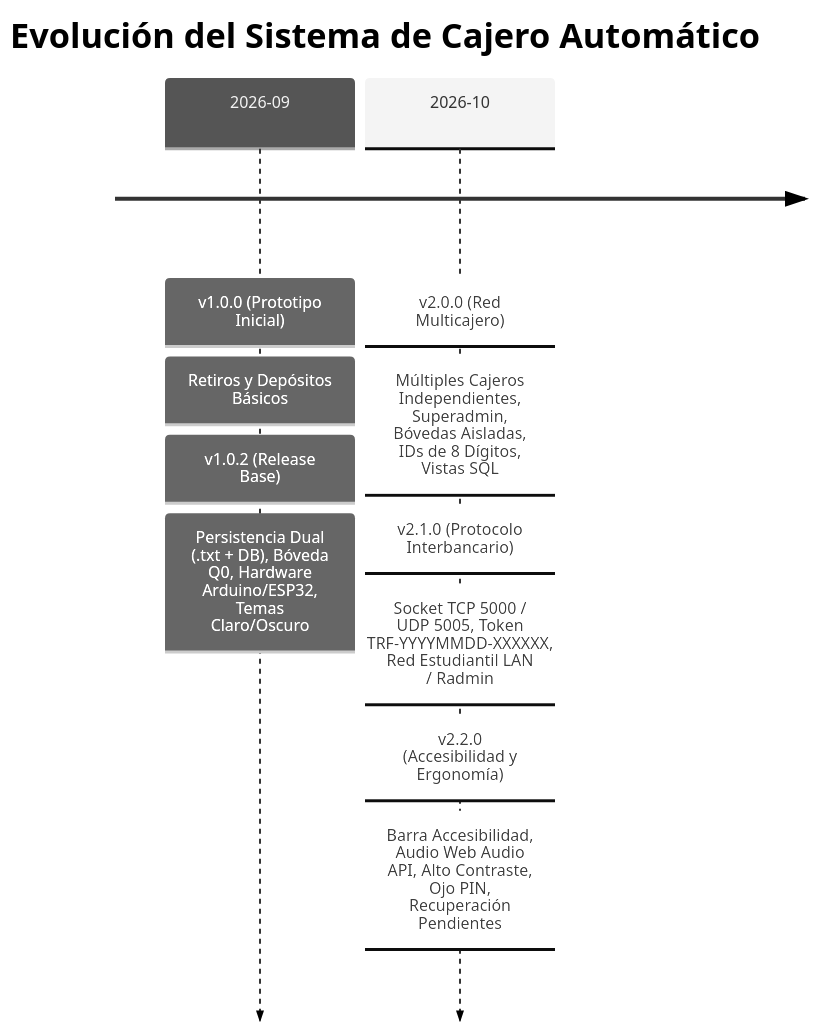
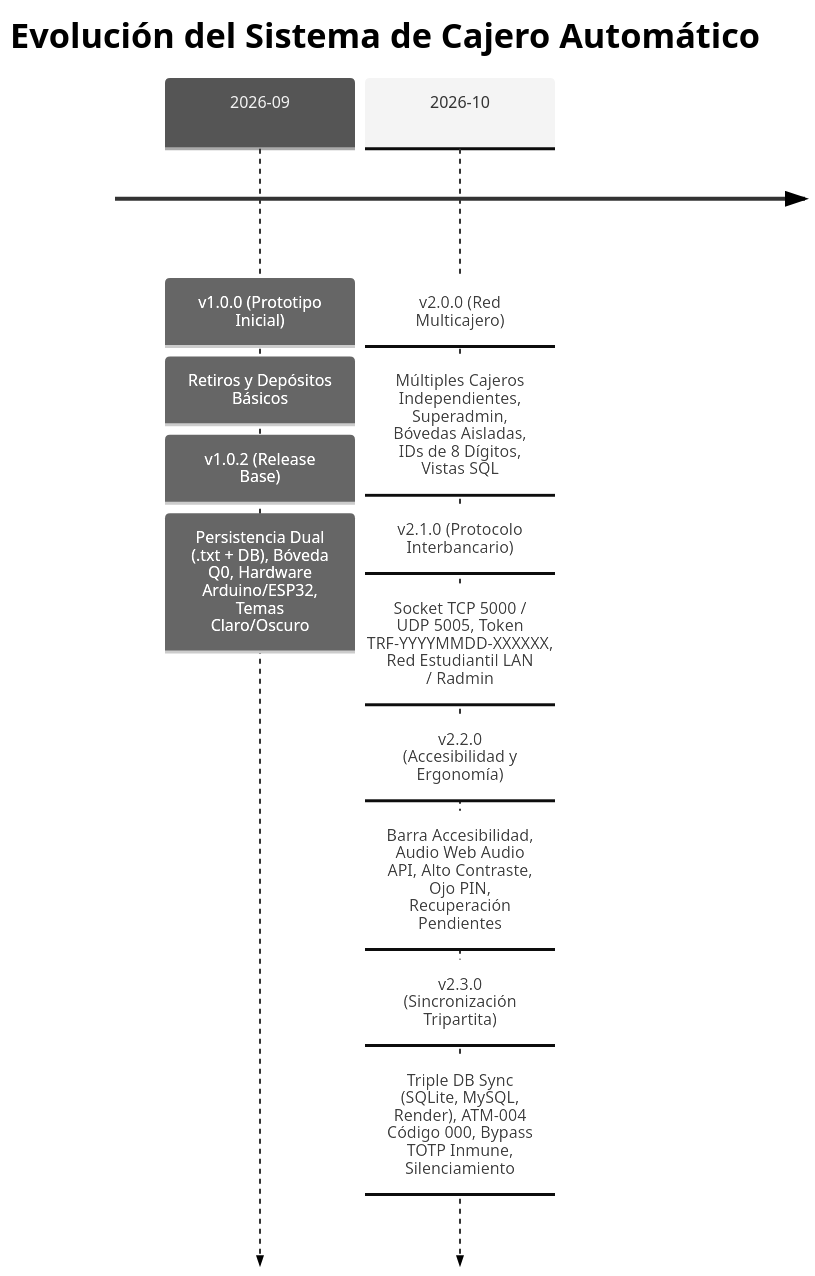
Before and after one commit to JotaProgra4119r/Sistema-De-Cajero: the diagram in docs/HISTORIAL_RELEASES.md, drawn with Mermaid (neutral theme). The commit also changed other lines of this file and 37 other files, not shown here.

Commit message:
feat: sincronizacion tripartita (SQLite, MySQL, Render), soporte persistente ATM-004 con codigo 000, robustecimiento TOTP y silenciamiento de audio

````diff
--- a/docs/HISTORIAL_RELEASES.md
+++ b/docs/HISTORIAL_RELEASES.md
@@ -12,9 +12,10 @@
 ```mermaid
 timeline
     title Evolución del Sistema de Cajero Automático
     2026-09 : v1.0.0 (Prototipo Inicial) : Retiros y Depósitos Básicos
             : v1.0.2 (Release Base) : Persistencia Dual (.txt + DB), Bóveda Q0, Hardware Arduino/ESP32, Temas Claro/Oscuro
     2026-10 : v2.0.0 (Red Multicajero) : Múltiples Cajeros Independientes, Superadmin, Bóvedas Aisladas, IDs de 8 Dígitos, Vistas SQL
             : v2.1.0 (Protocolo Interbancario) : Socket TCP 5000 / UDP 5005, Token TRF-YYYYMMDD-XXXXXX, Red Estudiantil LAN / Radmin
             : v2.2.0 (Accesibilidad y Ergonomía) : Barra Accesibilidad, Audio Web Audio API, Alto Contraste, Ojo PIN, Recuperación Pendientes
+            : v2.3.0 (Sincronización Tripartita) : Triple DB Sync (SQLite, MySQL, Render), ATM-004 Código 000, Bypass TOTP Inmune, Silenciamiento
 ```
````
